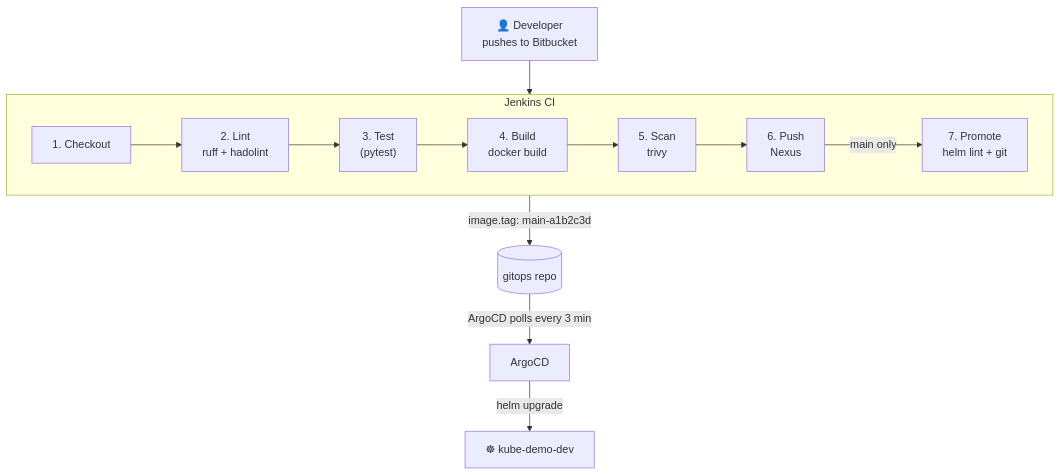
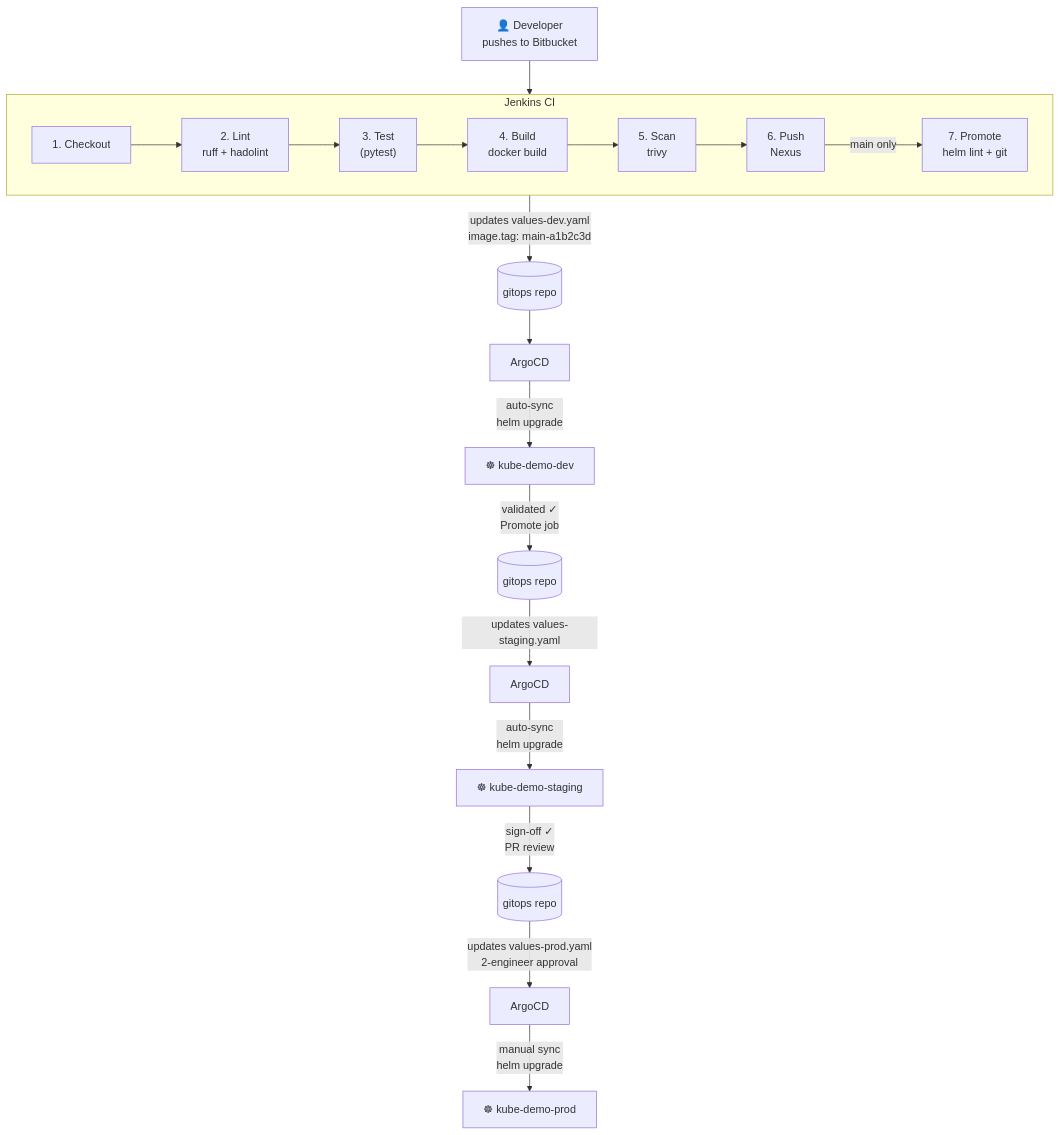
The second of 2 diagrams in 006_gitops/README.md (ashokhin/kube-demo), drawn with Mermaid before and after one commit.

Commit message:
docs(gitops): extend CI/CD diagram to show full dev→staging→prod flow

````diff
--- a/006_gitops/README.md
+++ b/006_gitops/README.md
@@ -189,19 +189,28 @@
 ```mermaid
 graph TD
     Dev["👤 Developer\npushes to Bitbucket"]
     Dev --> Jenkins
 
     subgraph Jenkins["Jenkins CI"]
         direction LR
         S1["1. Checkout"] --> S2["2. Lint\nruff + hadolint"]
         S2 --> S3["3. Test\n(pytest)"]
         S3 --> S4["4. Build\ndocker build"]
         S4 --> S5["5. Scan\ntrivy"]
         S5 --> S6["6. Push\nNexus"]
         S6 -->|"main only"| S7["7. Promote\nhelm lint + git"]
     end
 
-    Jenkins -->|"image.tag: main-a1b2c3d"| GitOps[("gitops repo")]
-    GitOps -->|"ArgoCD polls every 3 min"| ArgoCD["ArgoCD"]
-    ArgoCD -->|"helm upgrade"| K8s["☸ kube-demo-dev"]
+    Jenkins -->|"updates values-dev.yaml\nimage.tag: main-a1b2c3d"| GitOps[("gitops repo")]
+
+    GitOps --> ArgoCD["ArgoCD"]
+    ArgoCD -->|"auto-sync\nhelm upgrade"| Dev_NS["☸ kube-demo-dev"]
+
+    Dev_NS -->|"validated ✓\nPromote job"| GitOps2[("gitops repo")]
+    GitOps2 -->|"updates values-staging.yaml"| ArgoCD2["ArgoCD"]
+    ArgoCD2 -->|"auto-sync\nhelm upgrade"| Staging["☸ kube-demo-staging"]
+
+    Staging -->|"sign-off ✓\nPR review"| GitOps3[("gitops repo")]
+    GitOps3 -->|"updates values-prod.yaml\n2-engineer approval"| ArgoCD3["ArgoCD"]
+    ArgoCD3 -->|"manual sync\nhelm upgrade"| Prod["☸ kube-demo-prod"]
 ```
````
